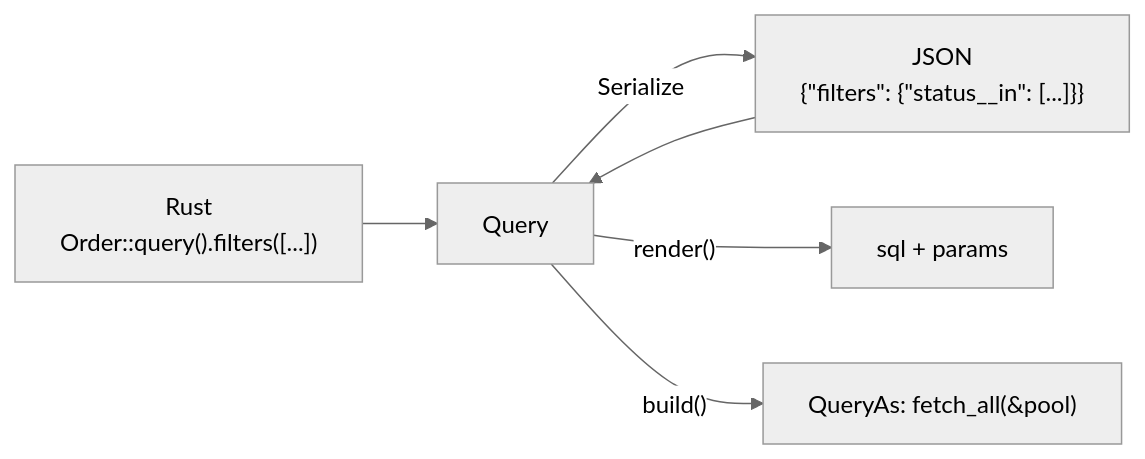
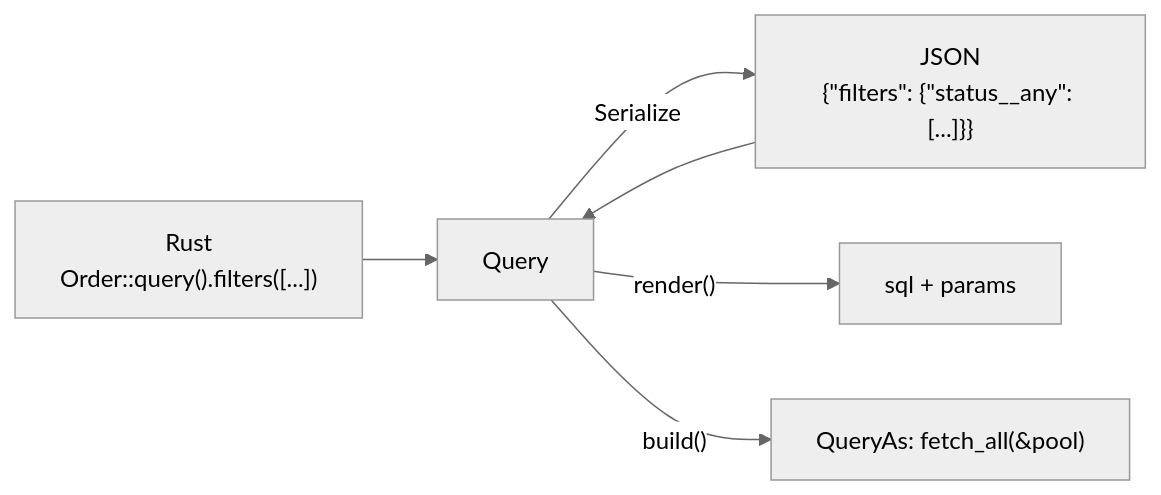
Before and after one commit to Ciantic/app-frame: the diagram in docs/query-builder.md, drawn with Mermaid (neutral theme). The commit also changed other lines of this file and 14 other files, not shown here.

````diff
--- a/docs/query-builder.md
+++ b/docs/query-builder.md
@@ -16,8 +16,8 @@
 ```mermaid
 graph LR
   A["Rust<br/>Order::query().filters([...])"] --> Q["Query<OrderColumn>"]
-  B["JSON<br/>{&quot;filters&quot;: {&quot;status__in&quot;: [...]}}"] --> Q
+  B["JSON<br/>{&quot;filters&quot;: {&quot;status__any&quot;: [...]}}"] --> Q
   Q -->|"Serialize"| B
   Q -->|"render()"| S["sql + params"]
   Q -->|"build()"| R["QueryAs: fetch_all(&pool)"]
 ```
````
